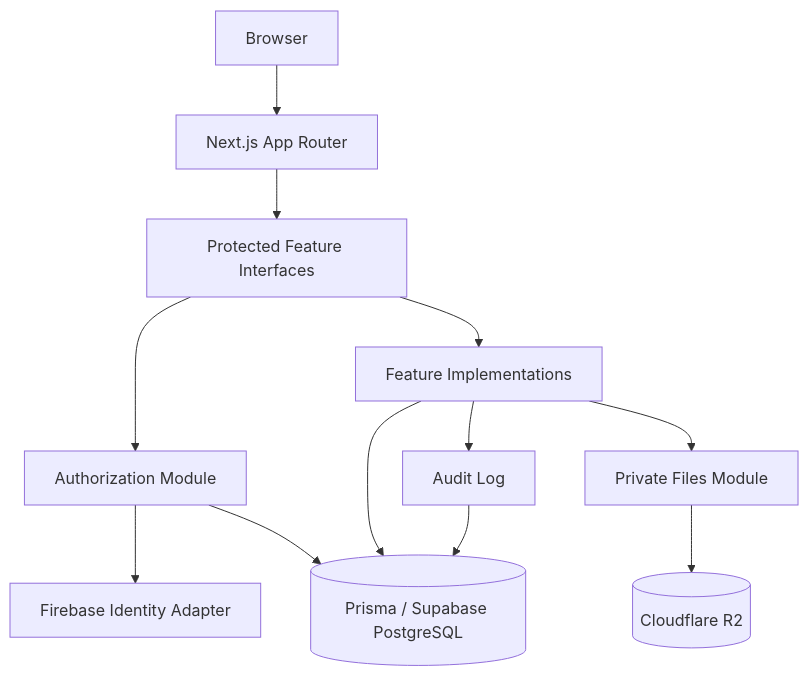
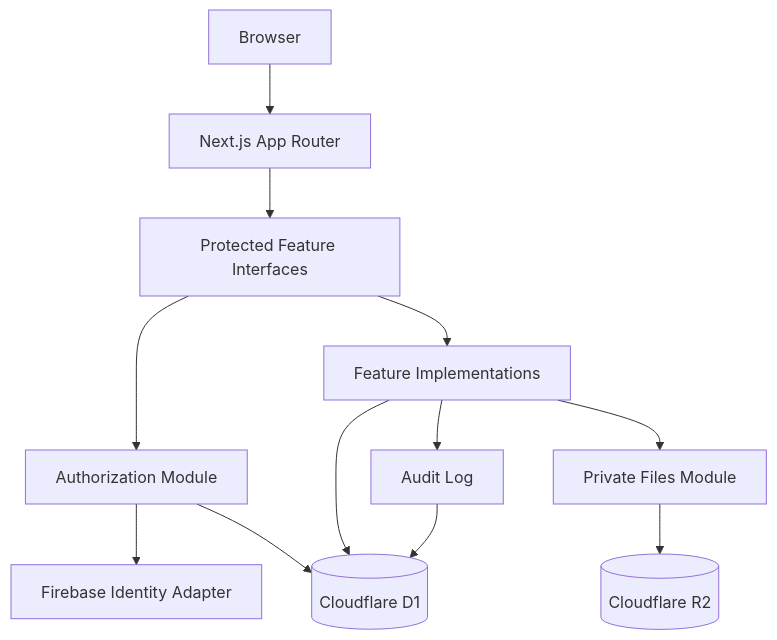
One commit to RielleTatel/unyon-mindanao changed the diagram in docs/unyon/IMPLEMENTATION_PLAN.md. Above: the diagram before and after it, drawn with Mermaid. The commit also changed other lines of this file and 106 other files, not shown here.

````diff
--- a/docs/unyon/IMPLEMENTATION_PLAN.md
+++ b/docs/unyon/IMPLEMENTATION_PLAN.md
@@ -24,14 +26,14 @@
 ```mermaid
 flowchart TD
     B[Browser] --> A[Next.js App Router]
     A --> F[Protected Feature Interfaces]
     F --> Z[Authorization Module]
     F --> D[Feature Implementations]
     Z --> I[Firebase Identity Adapter]
-    Z --> P[(Prisma / Supabase PostgreSQL)]
+    Z --> P[(Cloudflare D1)]
     D --> P
     D --> O[Private Files Module]
     O --> R[(Cloudflare R2)]
     D --> L[Audit Log]
     L --> P
 ```
````
